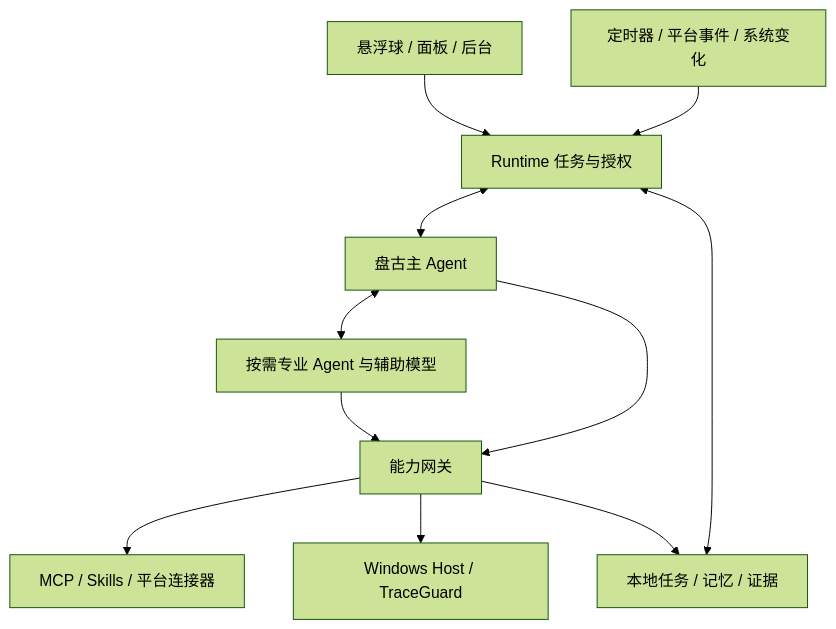
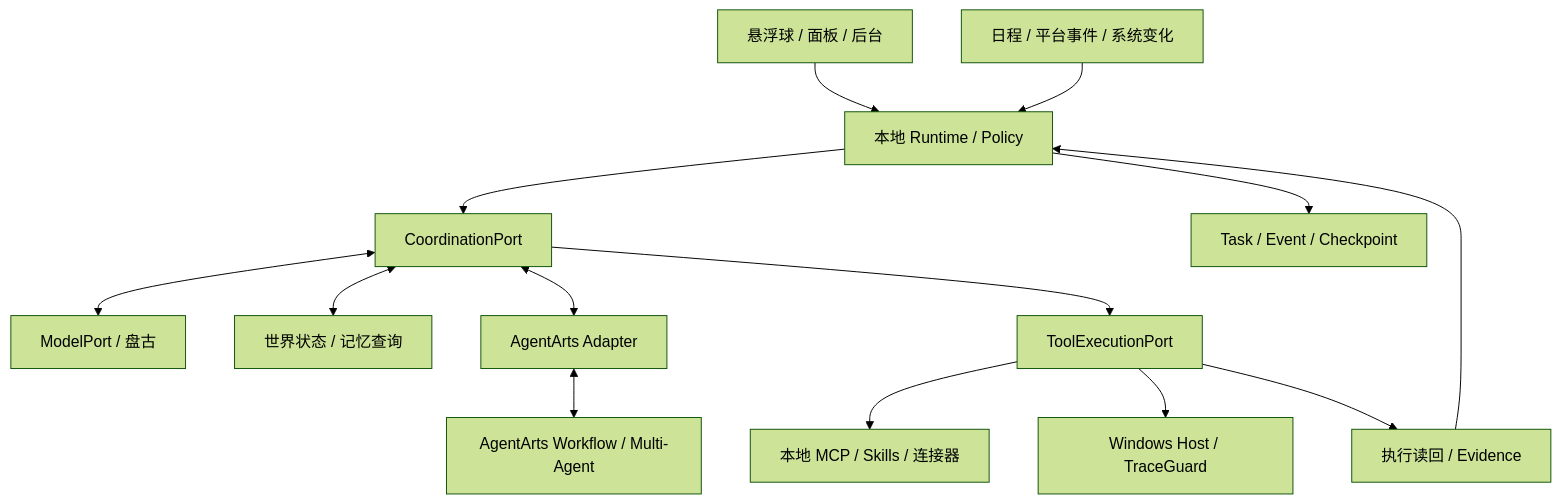
The diagram in docs/ARCHITECTURE.md (zemeng5208/PersonalAgent), drawn with Mermaid (forest theme) before and after one commit. The commit also changed other lines of this file and 34 other files, not shown here.

Commit message:
docs(architecture): define layered interface freeze

````diff
--- a/docs/ARCHITECTURE.md
+++ b/docs/ARCHITECTURE.md
@@ -42,13 +45,16 @@
 ```mermaid
 flowchart TD
-  UI[悬浮球 / 面板 / 后台] --> R[Runtime 任务与授权]
-  E[定时器 / 平台事件 / 系统变化] --> R
-  R <--> P[盘古主 Agent]
-  P <--> A[按需专业 Agent 与辅助模型]
-  P --> G[能力网关]
-  A --> G
-  G --> C[MCP / Skills / 平台连接器]
+  UI[悬浮球 / 面板 / 后台] --> R[本地 Runtime / Policy]
+  E[日程 / 平台事件 / 系统变化] --> R
+  R --> Q[CoordinationPort]
+  Q <--> M[ModelPort / 盘古]
+  Q <--> K[世界状态 / 记忆查询]
+  Q <--> AA[AgentArts Adapter]
+  AA <--> CLOUD[AgentArts Workflow / Multi-Agent]
+  Q --> G[ToolExecutionPort]
+  G --> C[本地 MCP / Skills / 连接器]
   G --> W[Windows Host / TraceGuard]
-  R <--> D[本地任务 / 记忆 / 证据]
-  G --> D
+  G --> V[执行读回 / Evidence]
+  V --> R
+  R --> S[Task / Event / Checkpoint]
 ```
````
